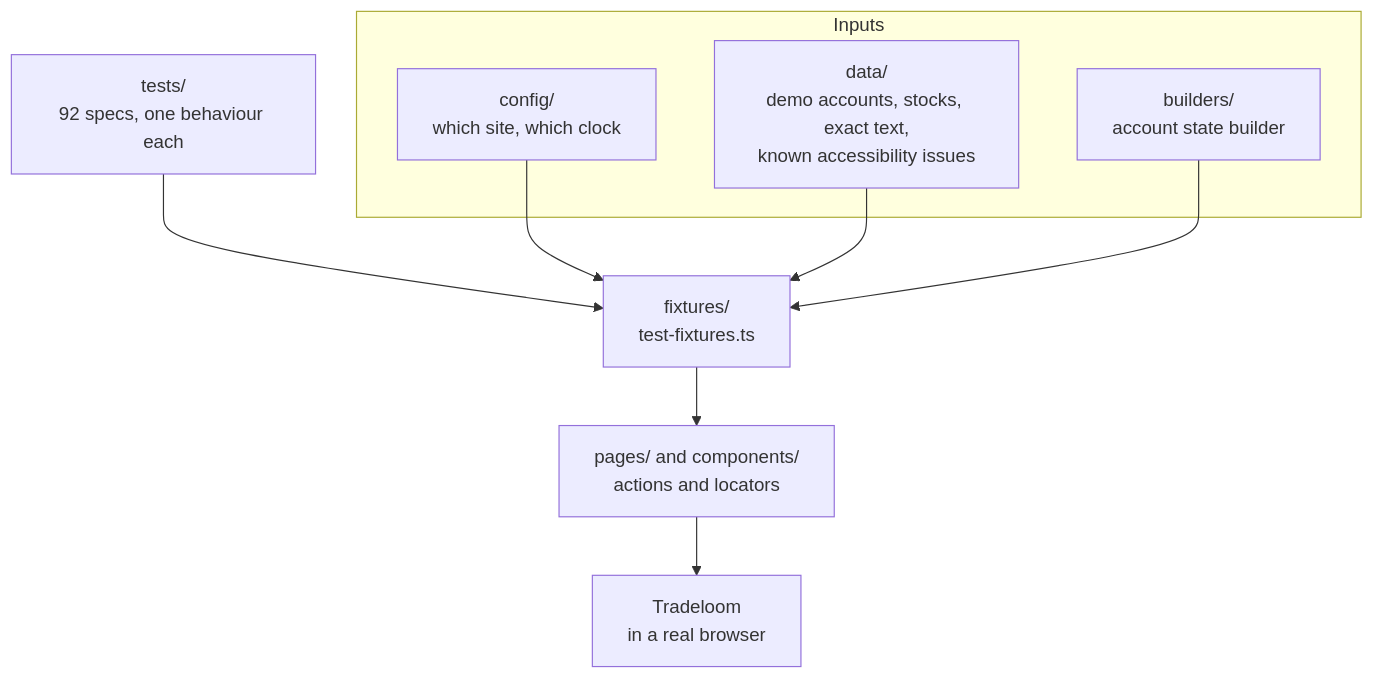
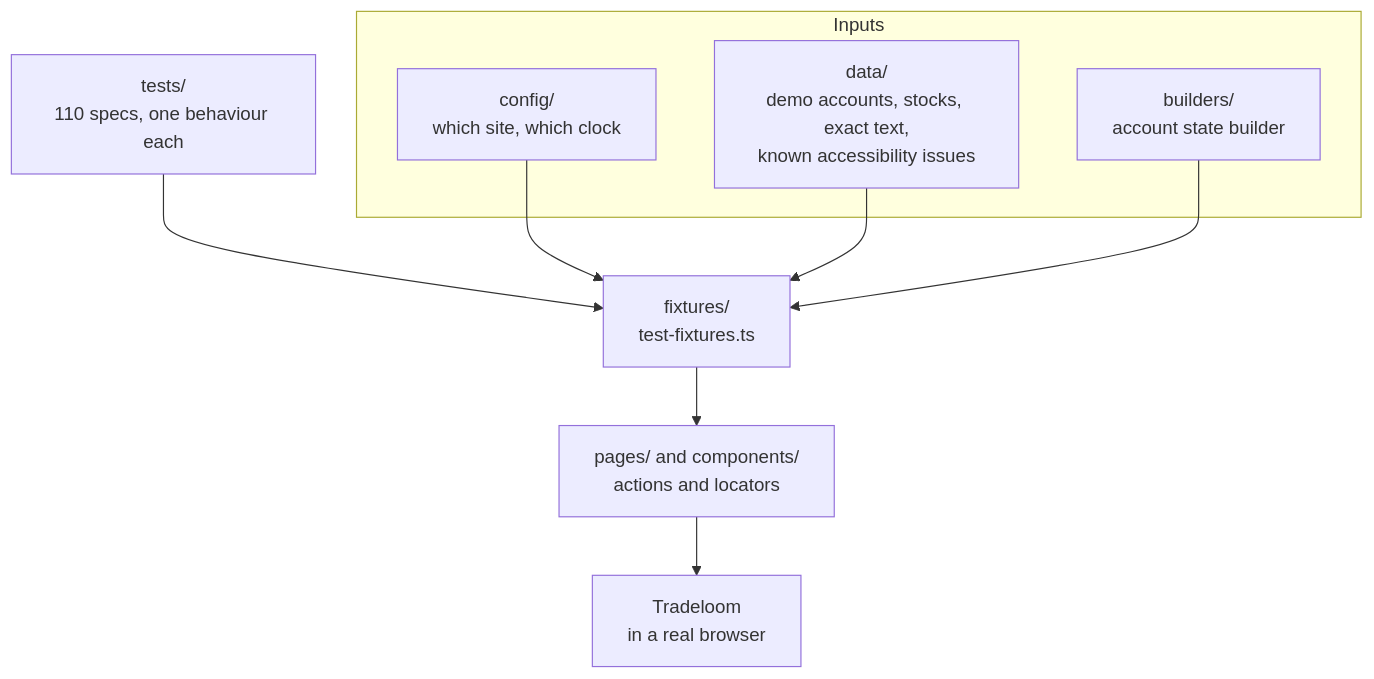
Before and after one commit to Yusuf-Hridoy/Playwright-Project: the first of 2 diagrams in README.md, drawn with Mermaid. The commit also changed other lines of this file and 22 other files, not shown here.

````diff
--- a/README.md
+++ b/README.md
@@ -22,21 +24,21 @@
 ```mermaid
 flowchart TD
     subgraph Inputs
         C["config/<br/>which site, which clock"]
         D["data/<br/>demo accounts, stocks, exact text,<br/>known accessibility issues"]
         B["builders/<br/>account state builder"]
     end
 
-    T["tests/<br/>92 specs, one behaviour each"]
+    T["tests/<br/>110 specs, one behaviour each"]
     F["fixtures/<br/>test-fixtures.ts"]
     P["pages/ and components/<br/>actions and locators"]
     A["Tradeloom<br/>in a real browser"]
 
     T --> F
     F --> P
     P --> A
 
     C --> F
     D --> F
     B --> F
 ```
````
